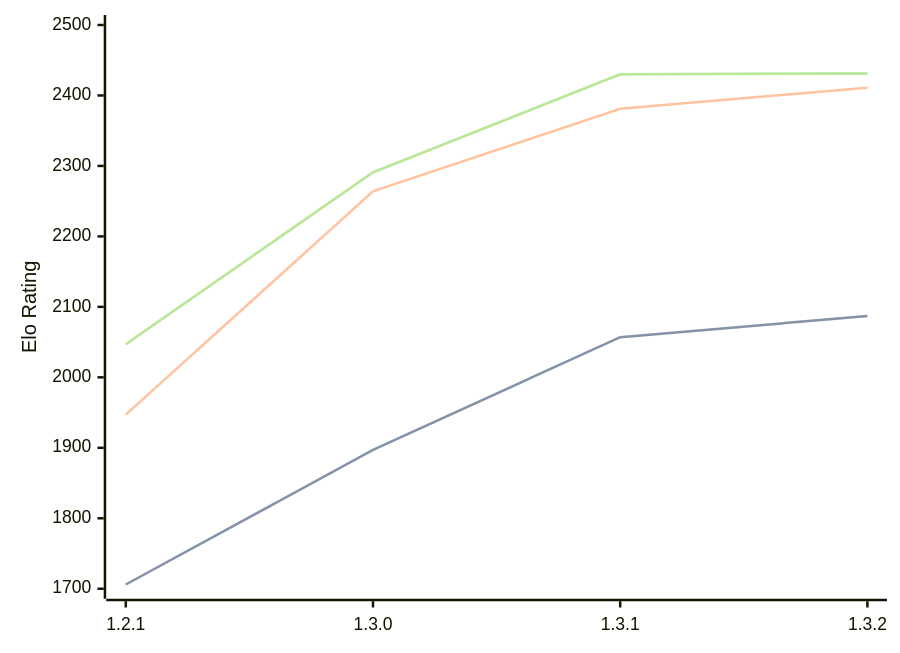
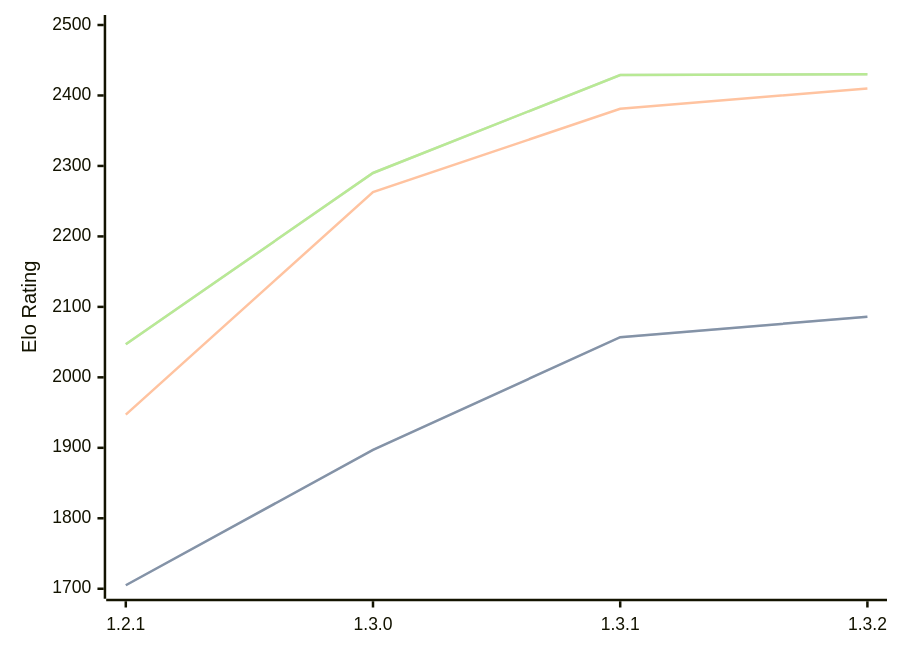
One commit to computer-chess-index/cci changed the diagram in engines/Chal.md. Above: the diagram before and after it, drawn with Mermaid. The commit also changed other lines of this file, not shown here.

Commit message:
Update CCI Ratings (ELO VLTC) - 2026-03-17

````diff
--- a/engines/Chal.md
+++ b/engines/Chal.md
@@ -35,11 +35,11 @@
 ```mermaid
 %%{init: {"theme":"base","themeVariables":{"seriesColors:['#a3a3a3','#222221','#faa371']}}}%%
 xychart-beta
   x-axis ["1.2.1", "1.3.0", "1.3.1", "1.3.2"]
   y-axis "Elo Rating" 1700 --> 2500
-  line "STC (8.0+0.08s)" [1706, 1897, 2057, 2087]
-  line "STC (8.0+0.08s)" [1706, 1897, 2057, 2087]
-  line "LTC (60.0+0.60s)" [1947, 2264, 2381, 2411]
-  line "VLTC (2m24s+1.12s)" [2047, 2291, 2430, 2431]
-  line "VLTC (2m24s+1.12s)" [2047, 2291, 2430, 2431]
+  line "STC (8.0+0.08s)" [1705, 1897, 2057, 2086]
+  line "STC (8.0+0.08s)" [1705, 1897, 2057, 2086]
+  line "LTC (60.0+0.60s)" [1947, 2263, 2381, 2410]
+  line "VLTC (2m24s+1.12s)" [2047, 2290, 2429, 2430]
+  line "VLTC (2m24s+1.12s)" [2047, 2290, 2429, 2430]
 ```
````
